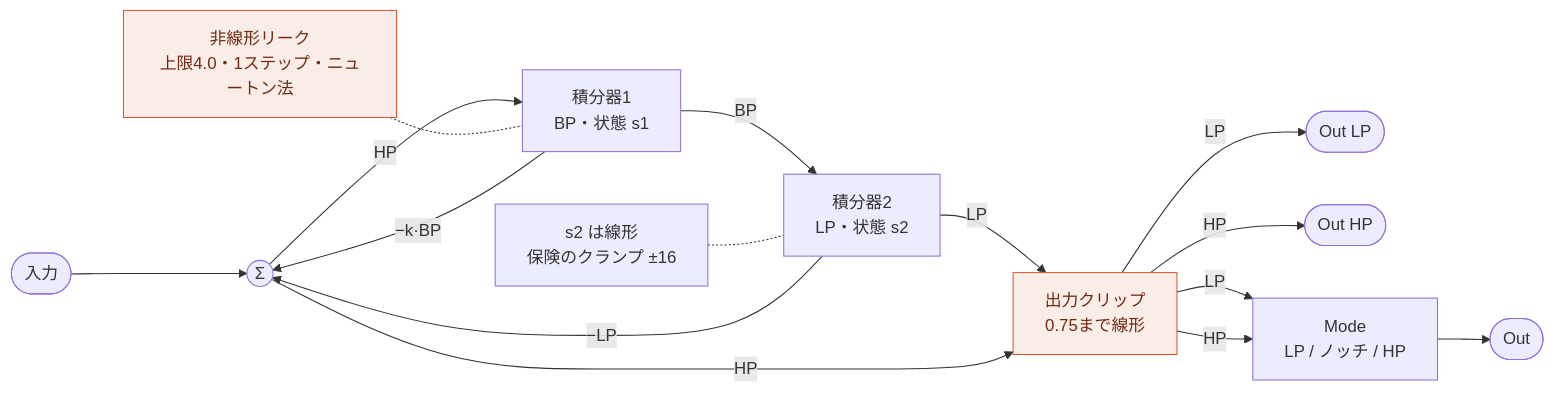
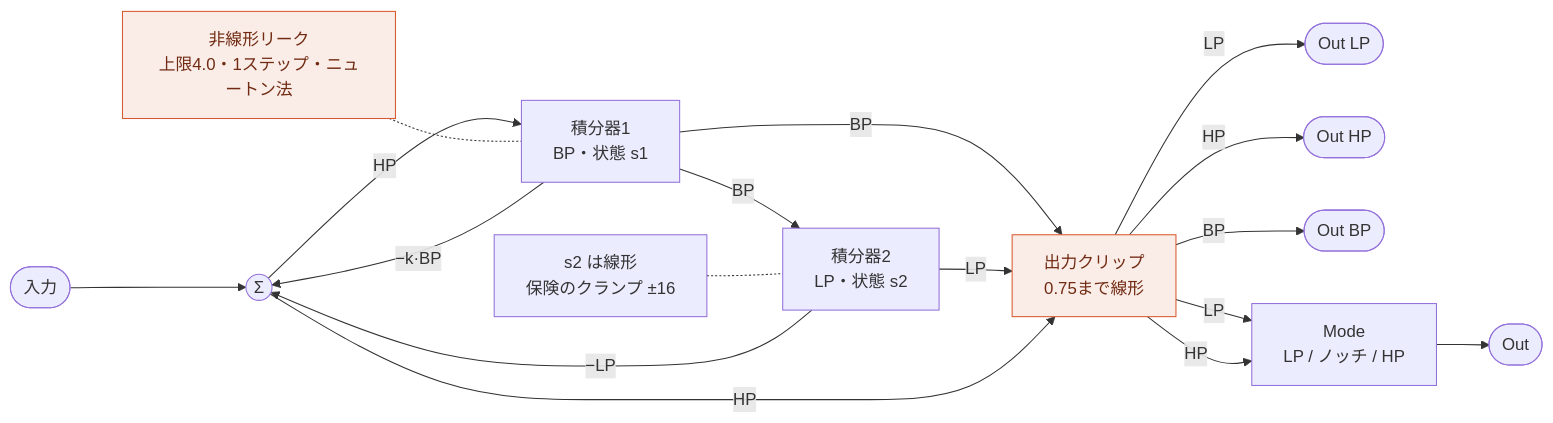
Before and after one commit to risgk/midi_synthesizer_spms1: the third of 6 diagrams in spms1_type2/README.ja.md, drawn with Mermaid. The commit also changed other lines of this file and 7 other files, not shown here.

````diff
--- a/spms1_type2/README.ja.md
+++ b/spms1_type2/README.ja.md
@@ -279,19 +284,21 @@
 ```mermaid
 flowchart LR
   IN([入力]) --> SUM((Σ))
   SUM -->|HP| I1["積分器1<br/>BP・状態 s1"]
+  I1 -->|BP| OC
   I1 -->|BP| I2["積分器2<br/>LP・状態 s2"]
   I2 -->|LP| OC["出力クリップ<br/>0.75まで線形"]
   SUM -->|HP| OC
   OC -->|LP| OUT_LP([Out LP])
   OC -->|HP| OUT_HP([Out HP])
+  OC -->|BP| OUT_BP([Out BP])
   OC -->|LP| XF["Mode<br/>LP / ノッチ / HP"]
   OC -->|HP| XF
   XF --> OUT([Out])
   SC["非線形リーク<br/>上限4.0・1ステップ・ニュートン法"] -.- I1
   L2["s2 は線形<br/>保険のクランプ ±16"] -.- I2
   I1 -->|"−k·BP"| SUM
   I2 -->|"−LP"| SUM
   classDef nl fill:#FAECE7,stroke:#D85A30,color:#712B13
   class SC,OC nl
 ```
````
